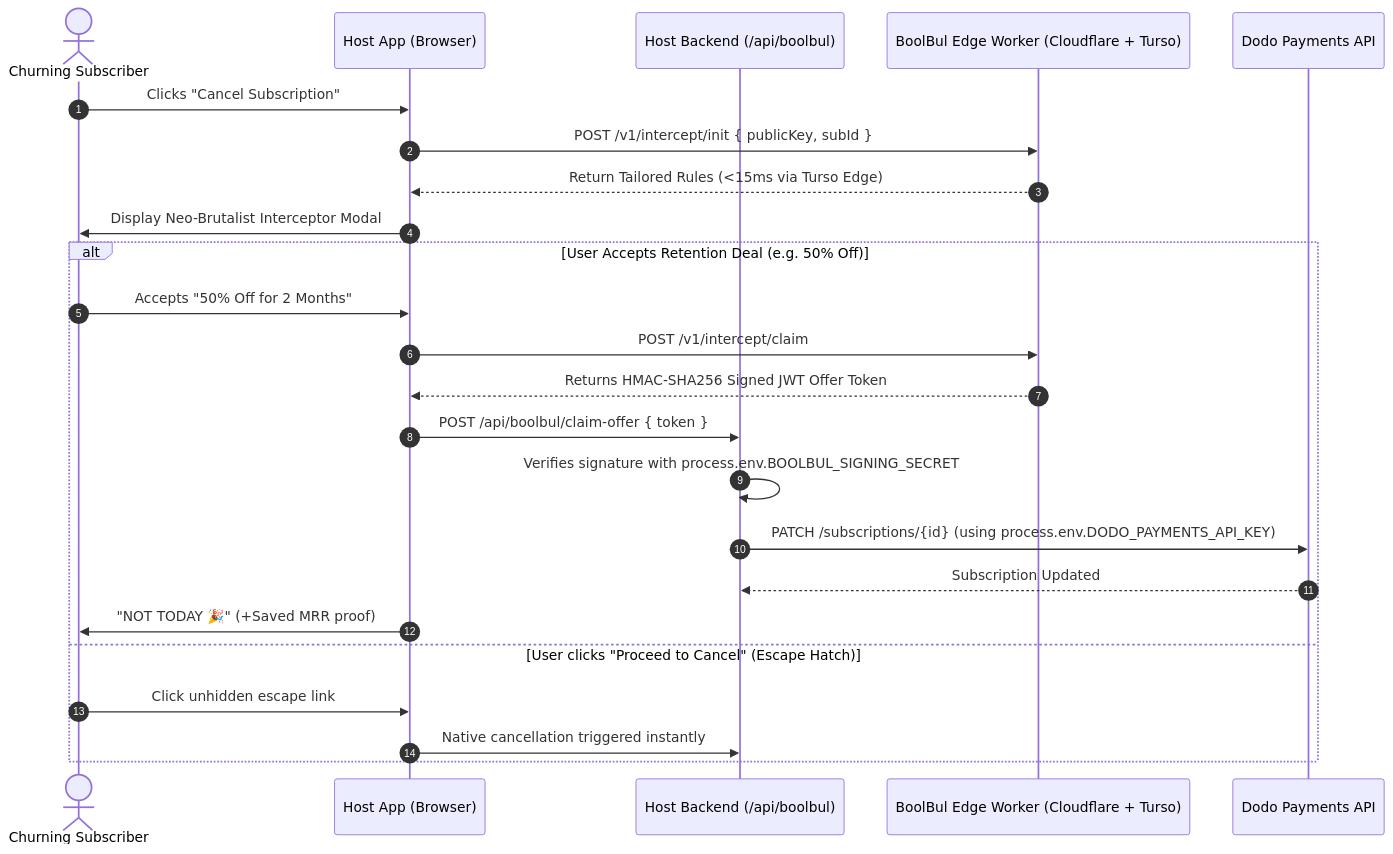
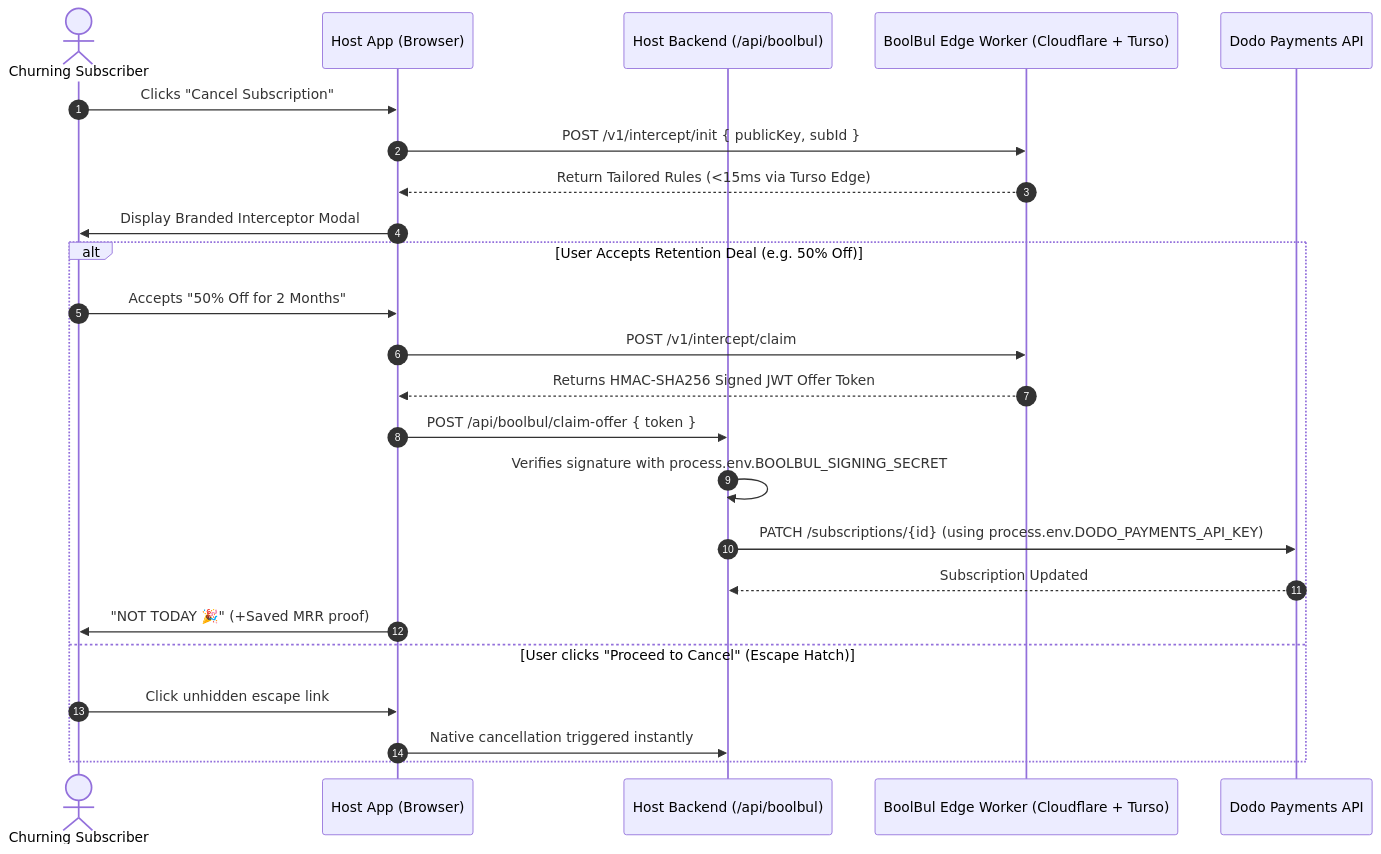
One commit to miaciastudio/Boolbul-public changed the diagram in README.md. Above: the diagram before and after it, drawn with Mermaid. The commit also changed other lines of this file, not shown here.

````diff
--- a/README.md
+++ b/README.md
@@ -50,28 +61,28 @@
 ```mermaid
 sequenceDiagram
     autonumber
     actor User as Churning Subscriber
     participant HostApp as Host App (Browser)
     participant HostServer as Host Backend (/api/boolbul)
     participant Edge as BoolBul Edge Worker (Cloudflare + Turso)
     participant Dodo as Dodo Payments API
 
     User->>HostApp: Clicks "Cancel Subscription"
     HostApp->>Edge: POST /v1/intercept/init { publicKey, subId }
     Edge-->>HostApp: Return Tailored Rules (<15ms via Turso Edge)
-    HostApp->>User: Display Neo-Brutalist Interceptor Modal
+    HostApp->>User: Display Branded Interceptor Modal
     
     alt User Accepts Retention Deal (e.g. 50% Off)
         User->>HostApp: Accepts "50% Off for 2 Months"
         HostApp->>Edge: POST /v1/intercept/claim
         Edge-->>HostApp: Returns HMAC-SHA256 Signed JWT Offer Token
         HostApp->>HostServer: POST /api/boolbul/claim-offer { token }
         HostServer->>HostServer: Verifies signature with process.env.BOOLBUL_SIGNING_SECRET
         HostServer->>Dodo: PATCH /subscriptions/{id} (using process.env.DODO_PAYMENTS_API_KEY)
         Dodo-->>HostServer: Subscription Updated
         HostApp->>User: "NOT TODAY 🎉" (+Saved MRR proof)
     else User clicks "Proceed to Cancel" (Escape Hatch)
         User->>HostApp: Click unhidden escape link
         HostApp->>HostServer: Native cancellation triggered instantly
     end
 ```
````
